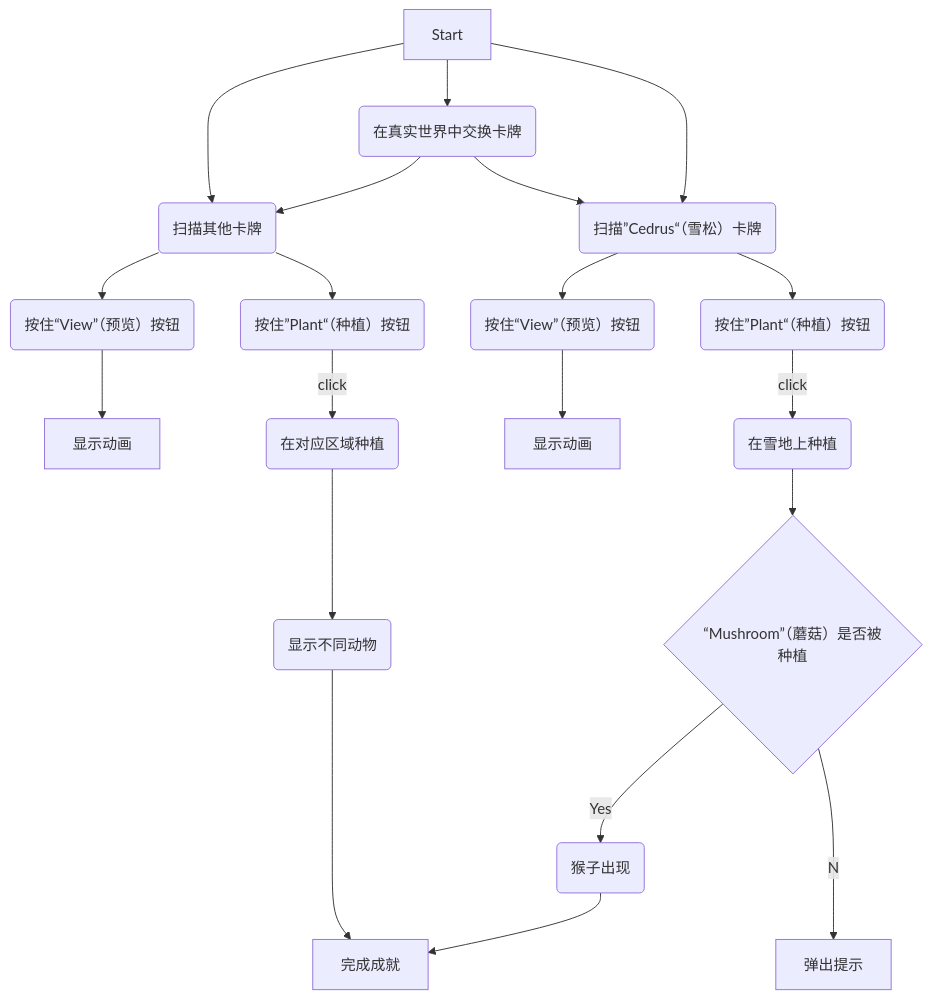
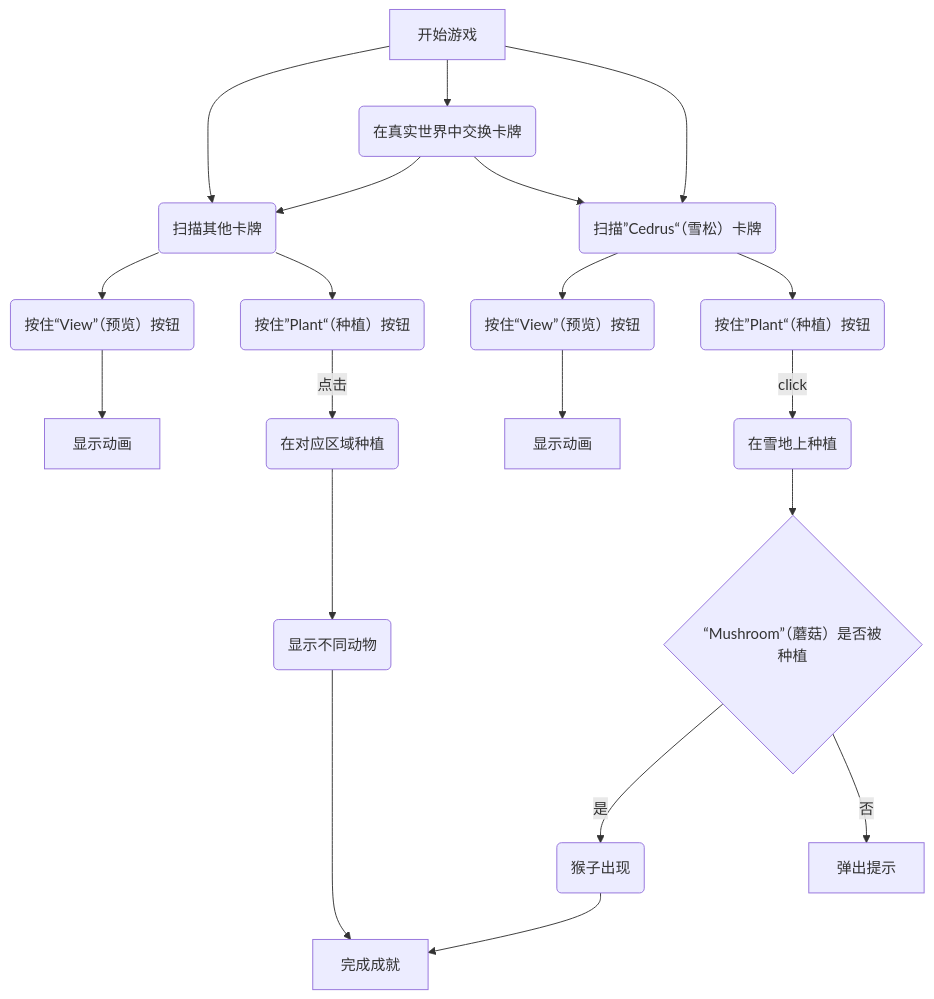
The diagram in README.md (zhangxiangna/CreativeMakingFinalProject), drawn with Mermaid before and after one commit.

````diff
--- a/README.md
+++ b/README.md
@@ -26,22 +26,22 @@
 ```mermaid
 flowchart  TD;
-    A[Start] --> B(扫描其他卡牌)
+    A[开始游戏] --> B(扫描其他卡牌)
     A -->S(在真实世界中交换卡牌)
     S -->B 
     S -->E 
     B --> D(按住“View”（预览）按钮)
     A -->E(扫描”Cedrus“（雪松）卡牌)
     B -->G(按住”Plant“（种植）按钮)
-    G --click-->C(在对应区域种植)
+    G --点击-->C(在对应区域种植)
     C -->H(显示不同动物)
     E -->J(按住“View”（预览）按钮)
     J -->Q[显示动画]
     D -->R[显示动画]
     E -->K(按住”Plant“（种植）按钮)
     K --click-->N(在雪地上种植)
     N -->L{“Mushroom”（蘑菇）是否被种植}
-    L --Yes-->M(猴子出现)
-    L --No-->O[弹出提示]
+    L --是-->M(猴子出现)
+    L --否-->O[弹出提示]
     M -->P[完成成就]
     H -->P
 ```
````
